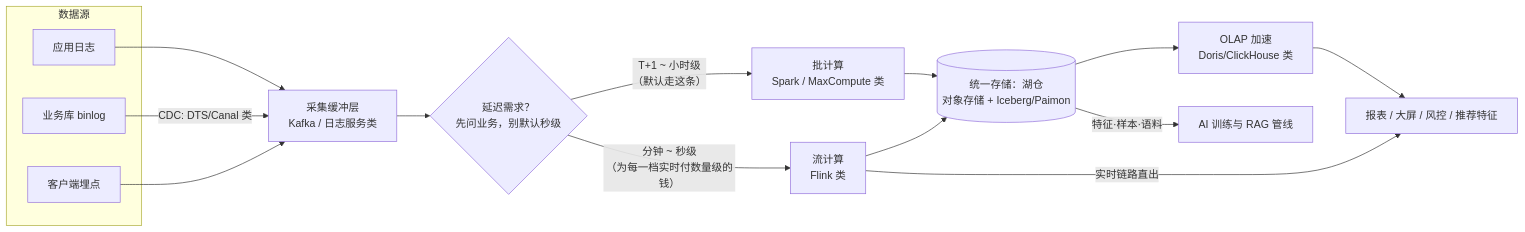
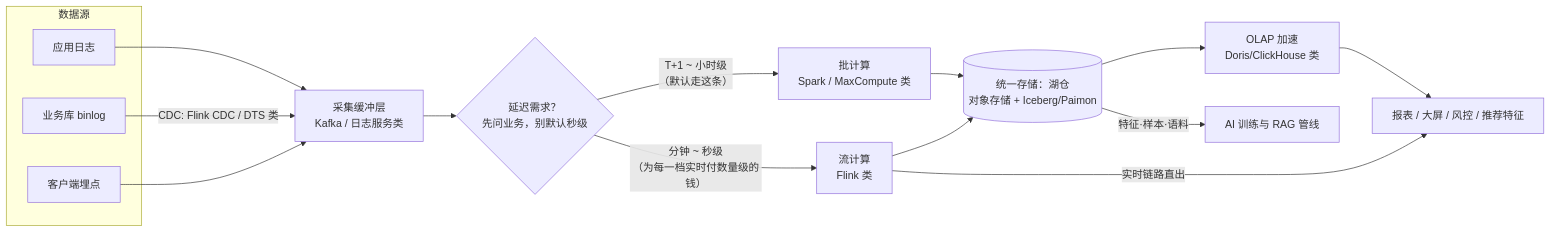
The third of 5 diagrams in docs/cloud/data/bigdata.md (shuifans/cloud-ai-knowledge-base), drawn with Mermaid before and after one commit. The commit also changed other lines of this file and 294 other files, not shown here.

First line of the commit message:
更新: 全站 35 篇文章对标 speech-gen 全面升级（深度/配图/引用/决策图）

````diff
--- a/docs/cloud/data/bigdata.md
+++ b/docs/cloud/data/bigdata.md
@@ -97,20 +292,20 @@
 ```mermaid
 flowchart LR
   subgraph SRC[数据源]
     A1[应用日志]
     A2[业务库 binlog]
     A3[客户端埋点]
   end
   A1 --> BUF["采集缓冲层<br/>Kafka / 日志服务类"]
-  A2 -->|CDC: DTS/Canal 类| BUF
+  A2 -->|"CDC: Flink CDC / DTS 类"| BUF
   A3 --> BUF
   BUF --> Q{"延迟需求？<br/>先问业务，别默认秒级"}
   Q -->|"T+1 ~ 小时级<br/>（默认走这条）"| BATCH["批计算<br/>Spark / MaxCompute 类"]
   Q -->|"分钟 ~ 秒级<br/>（为每一档实时付数量级的钱）"| STREAM["流计算<br/>Flink 类"]
   BATCH --> LAKE[("统一存储：湖仓<br/>对象存储 + Iceberg/Paimon")]
   STREAM --> LAKE
   LAKE --> OLAP["OLAP 加速<br/>Doris/ClickHouse 类"]
   STREAM -->|"实时链路直出"| SRV[报表 / 大屏 / 风控 / 推荐特征]
   OLAP --> SRV
   LAKE -->|"特征·样本·语料"| AI[AI 训练与 RAG 管线]
 ```
````
